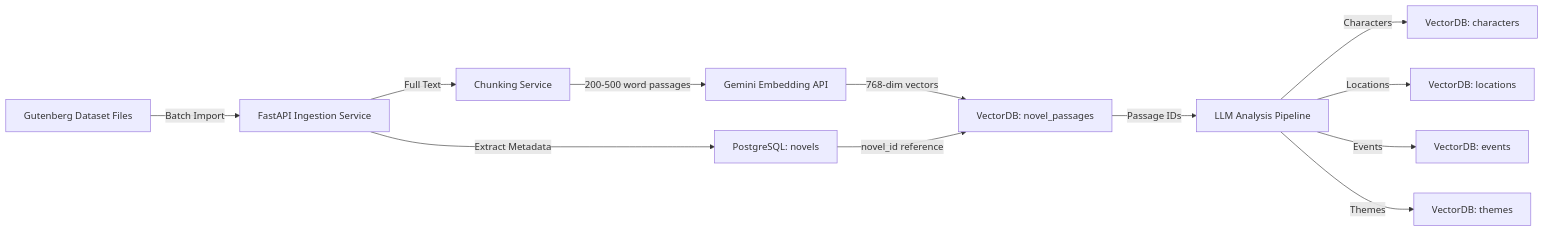
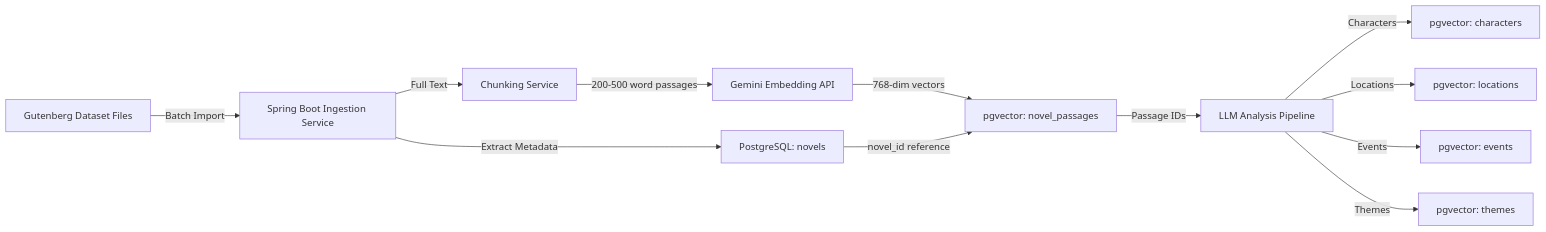
Before and after one commit to SideProjectSFY/gaji: the third of 8 diagrams in docs/3-solutioning/erd.md, drawn with Mermaid. The commit also changed other lines of this file and 69 other files, not shown here.

````diff
--- a/docs/3-solutioning/erd.md
+++ b/docs/3-solutioning/erd.md
@@ -203,14 +203,14 @@
 ```mermaid
 graph LR
-    A[Gutenberg Dataset Files] -->|Batch Import| B[FastAPI Ingestion Service]
+    A[Gutenberg Dataset Files] -->|Batch Import| B[Spring Boot Ingestion Service]
     B -->|Extract Metadata| C[PostgreSQL: novels]
     B -->|Full Text| D[Chunking Service]
     D -->|200-500 word passages| E[Gemini Embedding API]
-    E -->|768-dim vectors| F[VectorDB: novel_passages]
+    E -->|768-dim vectors| F[pgvector: novel_passages]
     F -->|Passage IDs| G[LLM Analysis Pipeline]
-    G -->|Characters| H[VectorDB: characters]
-    G -->|Locations| I[VectorDB: locations]
-    G -->|Events| J[VectorDB: events]
-    G -->|Themes| K[VectorDB: themes]
+    G -->|Characters| H[pgvector: characters]
+    G -->|Locations| I[pgvector: locations]
+    G -->|Events| J[pgvector: events]
+    G -->|Themes| K[pgvector: themes]
     C -->|novel_id reference| F
 ```
````
